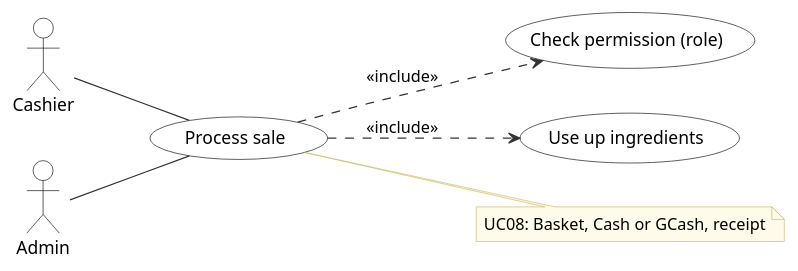
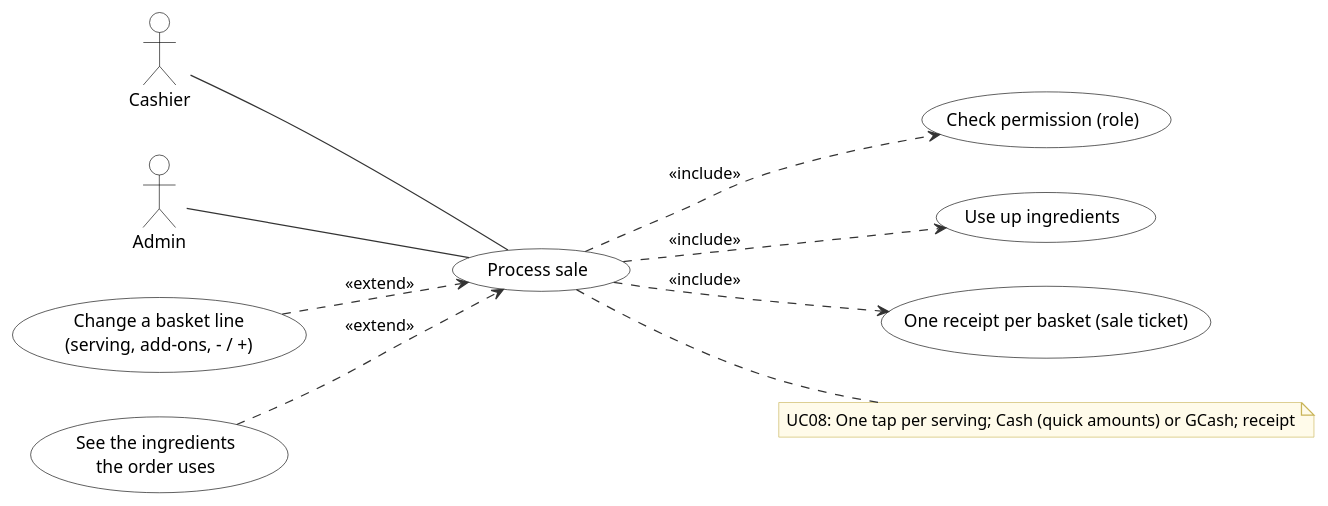
The diagram in diagrams/uml/14_UC08_process_sale.puml (JmlAsync/inventory-pos-system), drawn with PlantUML before and after one commit. The commit also changed 79 other files, not shown here.

First line of the commit message:
Docs: diagrams redrawn for v0.20.4

```diff
--- a/diagrams/uml/14_UC08_process_sale.puml
+++ b/diagrams/uml/14_UC08_process_sale.puml
@@ -1,55 +1,61 @@
 @startuml
-' Use case UC08 Process sale - Inventory & POS System v0.18.2 (report, Lecture 5)
+' Use case UC08 Process sale - Inventory & POS System v0.20.4 (report, Lecture 5; redrawn 2026-10-12)
 ' Edit: paste into draw.io (Arrange > Insert > Advanced > PlantUML) or planttext.com
 skinparam defaultFontName Arial
 skinparam shadowing false
 skinparam ArrowColor #333333
 skinparam rectangle {
   BackgroundColor White
   BorderColor Black
 }
 skinparam usecase {
   BackgroundColor White
   BorderColor Black
 }
 skinparam class {
   BackgroundColor White
   BorderColor Black
   HeaderBackgroundColor #E6F1EE
 }
 skinparam activity {
   BackgroundColor White
   BorderColor Black
 }
 skinparam state {
   BackgroundColor White
   BorderColor Black
 }
 skinparam sequence {
   ParticipantBackgroundColor White
   ParticipantBorderColor Black
   LifeLineBorderColor #888888
   ActorBorderColor Black
   ActorBackgroundColor White
 }
 skinparam note {
   BackgroundColor #FFFBEA
   BorderColor #C9B458
 }
 skinparam swimlaneWidth same
 hide circle
 
 left to right direction
 actor "Cashier" as Cashier
 actor "Admin" as Admin
 usecase "Process sale" as U
 usecase "Check permission (role)" as I0
 U ..> I0 : <<include>>
 usecase "Use up ingredients" as I1
 U ..> I1 : <<include>>
+usecase "One receipt per basket (sale ticket)" as I2
+U ..> I2 : <<include>>
 Cashier -- U
 Admin -- U
+usecase "Change a basket line\n(serving, add-ons, - / +)" as E1
+usecase "See the ingredients\nthe order uses" as E2
+E1 ..> U : <<extend>>
+E2 ..> U : <<extend>>
 note right of U
-  UC08: Basket, Cash or GCash, receipt
+  UC08: One tap per serving; Cash (quick amounts) or GCash; receipt
 end note
 @enduml
```
